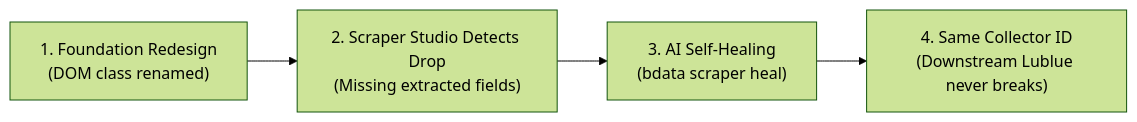
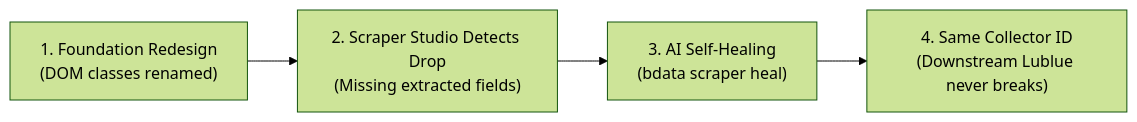
Before and after one commit to Anurag-tech22/lublue: the diagram in README.md, drawn with Mermaid (forest theme). The commit also changed other lines of this file and 4 other files, not shown here.

Commit message:
feat: expand Bright Data architecture to 8 integrated products (SERP, Unlocker, Browser, Collector, Web Scraper API, Browser API CDP, Dataset Marketplace, MCP)

````diff
--- a/README.md
+++ b/README.md
@@ -119,6 +105,6 @@
 ```mermaid
 flowchart LR
-    A["1. Foundation Redesign<br/>(DOM class renamed)"] --> B["2. Scraper Studio Detects Drop<br/>(Missing extracted fields)"]
+    A["1. Foundation Redesign<br/>(DOM classes renamed)"] --> B["2. Scraper Studio Detects Drop<br/>(Missing extracted fields)"]
     B --> C["3. AI Self-Healing<br/>(bdata scraper heal)"]
     C --> D["4. Same Collector ID<br/>(Downstream Lublue never breaks)"]
 ```
````
